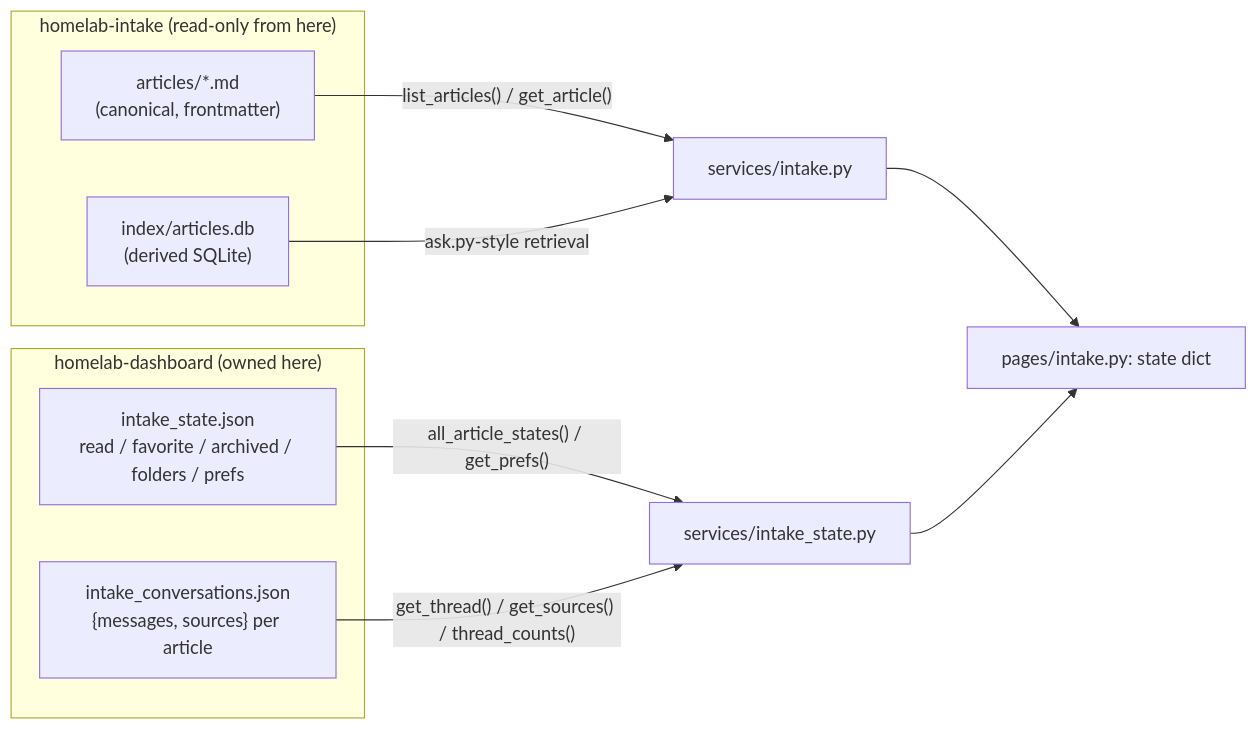
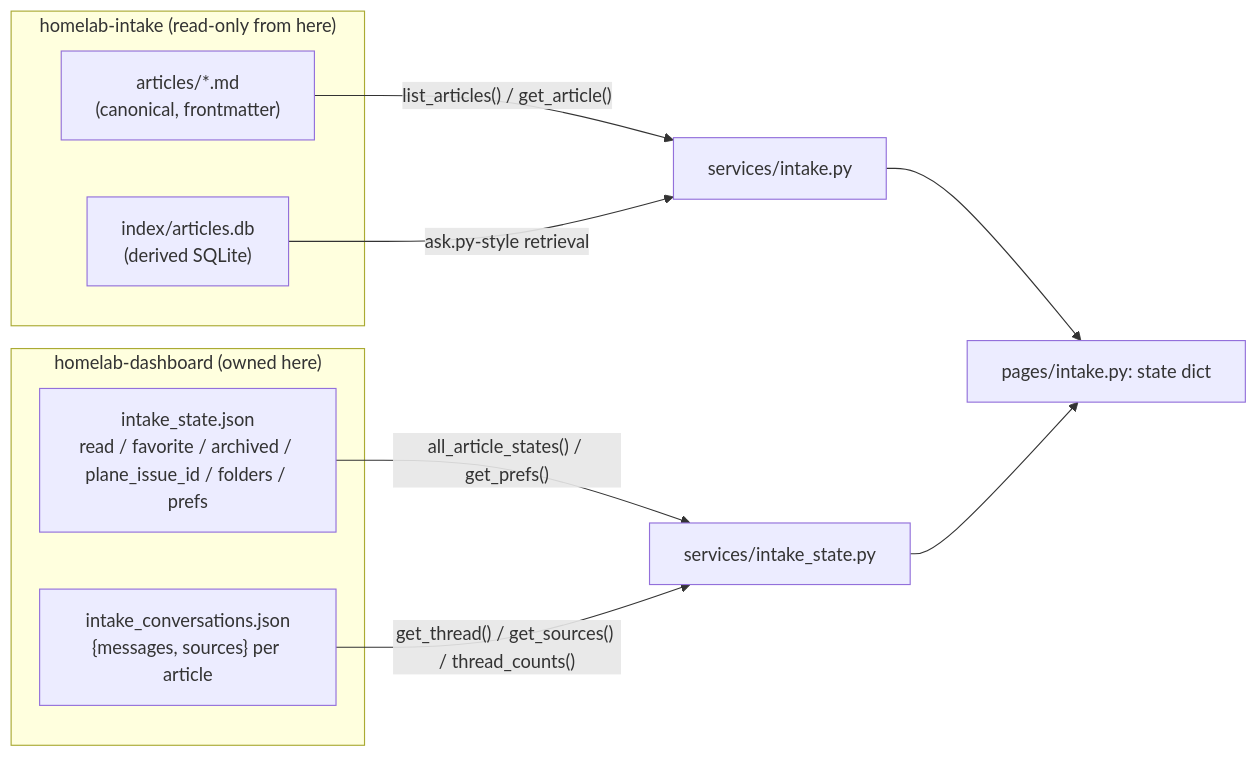
The first of 4 diagrams in docs/INTAKE_ARCHITECTURE.md (Madroth/homelab-dashboard), drawn with Mermaid before and after one commit. The commit also changed other lines of this file and 4 other files, not shown here.

````diff
--- a/docs/INTAKE_ARCHITECTURE.md
+++ b/docs/INTAKE_ARCHITECTURE.md
@@ -53,20 +53,20 @@
 ```mermaid
 flowchart LR
     subgraph HI["homelab-intake (read-only from here)"]
         MD["articles/*.md<br/>(canonical, frontmatter)"]
         DB["index/articles.db<br/>(derived SQLite)"]
     end
 
     subgraph HD["homelab-dashboard (owned here)"]
-        WF["intake_state.json<br/>read / favorite / archived / folders / prefs"]
+        WF["intake_state.json<br/>read / favorite / archived / plane_issue_id / folders / prefs"]
         CV["intake_conversations.json<br/>{messages, sources} per article"]
     end
 
     MD -->|"list_articles() / get_article()"| SVC["services/intake.py"]
     DB -->|"ask.py-style retrieval"| SVC
     WF -->|"all_article_states() / get_prefs()"| SST["services/intake_state.py"]
     CV -->|"get_thread() / get_sources() / thread_counts()"| SST
 
     SVC --> PAGE["pages/intake.py: state dict"]
     SST --> PAGE
 ```
````
